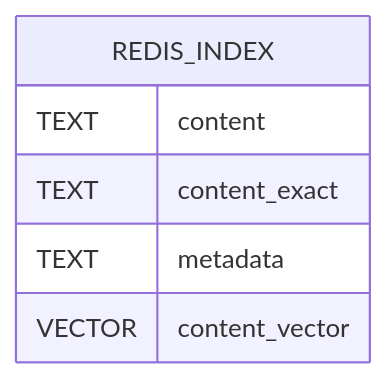
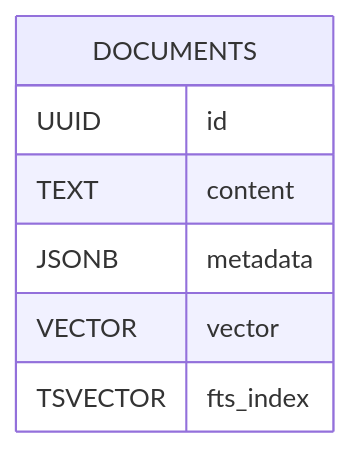
One commit to UniversityOfHelsinkiCS/gptwrapper changed diagram 11 of 12 in documentation/system-architecture.md. Above: the diagram before and after it, drawn with Mermaid. The commit also changed other lines of this file and 1 other file, not shown here.

````diff
--- a/documentation/system-architecture.md
+++ b/documentation/system-architecture.md
@@ -285,9 +279,10 @@
 ```mermaid
 erDiagram
-    REDIS_INDEX {
+    DOCUMENTS {
+        UUID id
         TEXT content
-        TEXT content_exact
-        TEXT metadata
-        VECTOR content_vector
+        JSONB metadata
+        VECTOR vector
+        TSVECTOR fts_index
     }
 ```
````
